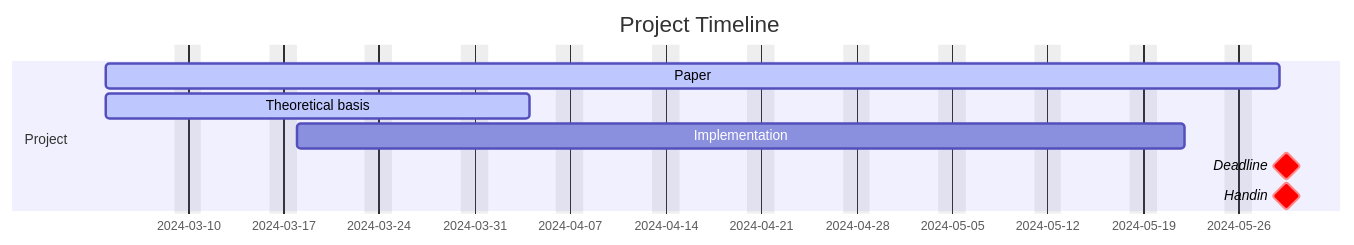
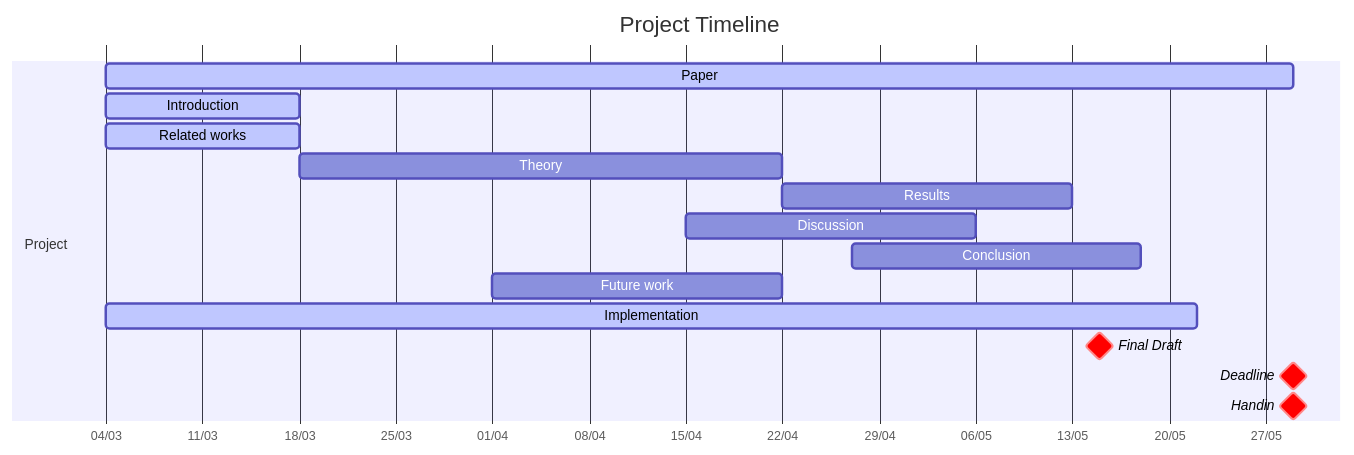
One commit to AAU-Dat/P8-supporting-schema-creation changed the diagram in Writerside/topics/Roadmap.md. Above: the diagram before and after it, drawn with Mermaid.

Commit message:
Updates on roadmap

````diff
--- a/Writerside/topics/Roadmap.md
+++ b/Writerside/topics/Roadmap.md
@@ -2,13 +2,22 @@
 ```mermaid
 gantt
+    tickInterval 1week
+    weekday monday
     title Project Timeline
     dateFormat  YYYY-MM-DD
-    excludes weekends
+    axisFormat %d/%m
     
     section Project
     Paper: active, 2024-03-04, 2024-05-29
-    Theoretical basis: active, 2024-03-04, 2024-04-04
-    Implementation: inactive, 2024-03-18, 2024-05-22
-    Deadline: crit, milestone, 2024-05-29, 1d
-    Handin: crit, milestone, 2024-05-29, 1d
+    Introduction: active, 2024-03-04, 14d
+    Related works: active, 2024-03-04, 14d
+    Theory: 2024-03-18, 35d
+    Results: 2024-04-22, 21d
+    Discussion: 2024-04-15, 21d
+    Conclusion: 2024-04-27, 21d
+    Future work: 2024-04-01, 21d
+    Implementation: active, 2024-03-04, 2024-05-22
+    Final Draft: crit, milestone, 2024-05-15,
+    Deadline: crit, milestone, 2024-05-29, 
+    Handin: crit, milestone, 2024-05-29,
 ```
````
